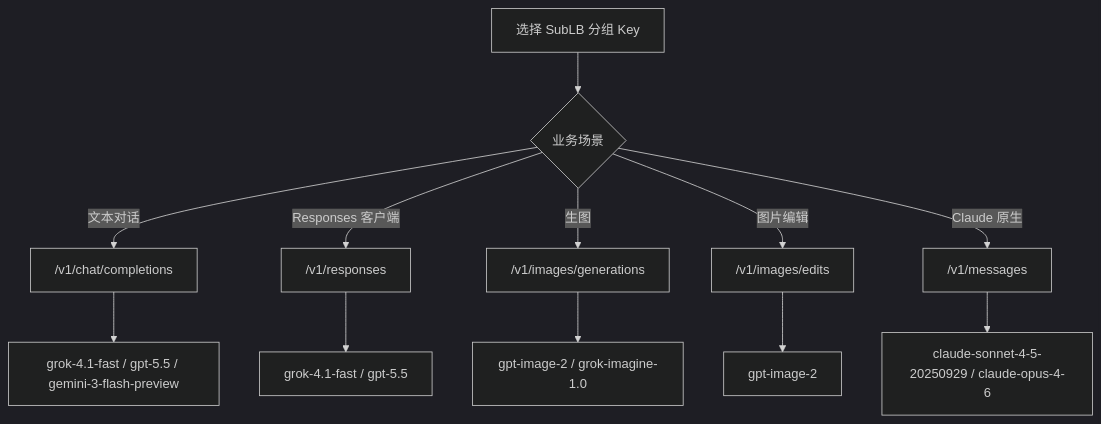
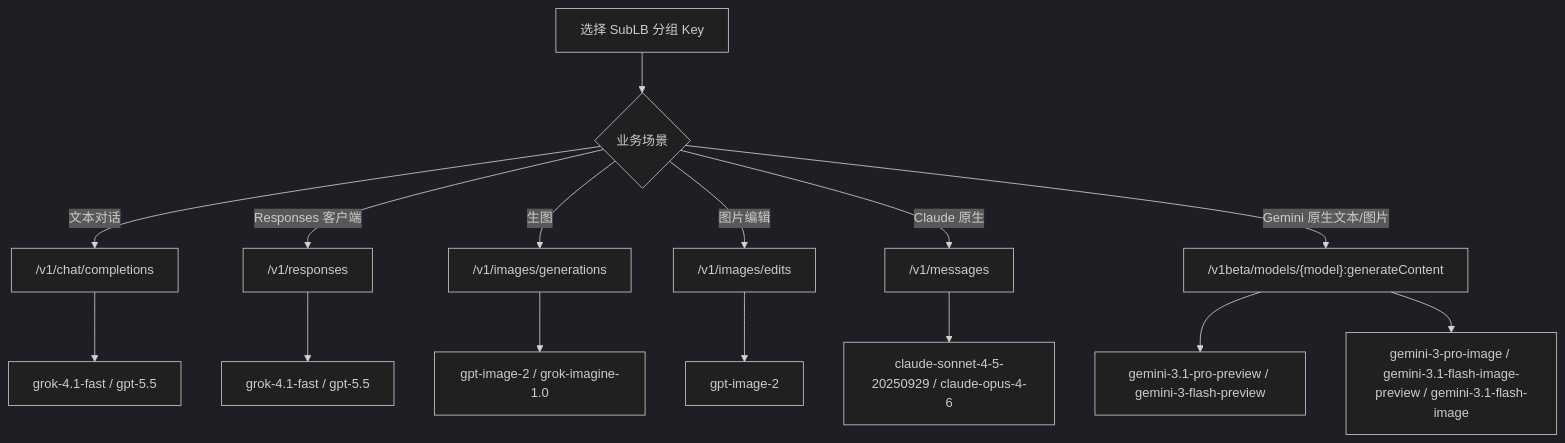
Before and after one commit to mason0510/sublb-demo: the diagram in README.md, drawn with Mermaid (dark theme). The commit also changed other lines of this file and 3 other files, not shown here.

````diff
--- a/README.md
+++ b/README.md
@@ -13,15 +13,18 @@
 ```mermaid
 flowchart TD
   A[选择 SubLB 分组 Key] --> B{业务场景}
   B -->|文本对话| C["/v1/chat/completions"]
   B -->|Responses 客户端| D["/v1/responses"]
   B -->|生图| E["/v1/images/generations"]
   B -->|图片编辑| F["/v1/images/edits"]
   B -->|Claude 原生| G["/v1/messages"]
+  B -->|Gemini 原生文本/图片| H["/v1beta/models/{model}:generateContent"]
 
-  C --> C1[grok-4.1-fast / gpt-5.5 / gemini-3-flash-preview]
+  C --> C1[grok-4.1-fast / gpt-5.5]
   D --> D1[grok-4.1-fast / gpt-5.5]
   E --> E1[gpt-image-2 / grok-imagine-1.0]
   F --> F1[gpt-image-2]
   G --> G1[claude-sonnet-4-5-20250929 / claude-opus-4-6]
+  H --> H1[gemini-3.1-pro-preview / gemini-3-flash-preview]
+  H --> H2[gemini-3-pro-image / gemini-3.1-flash-image-preview / gemini-3.1-flash-image]
 ```
````
